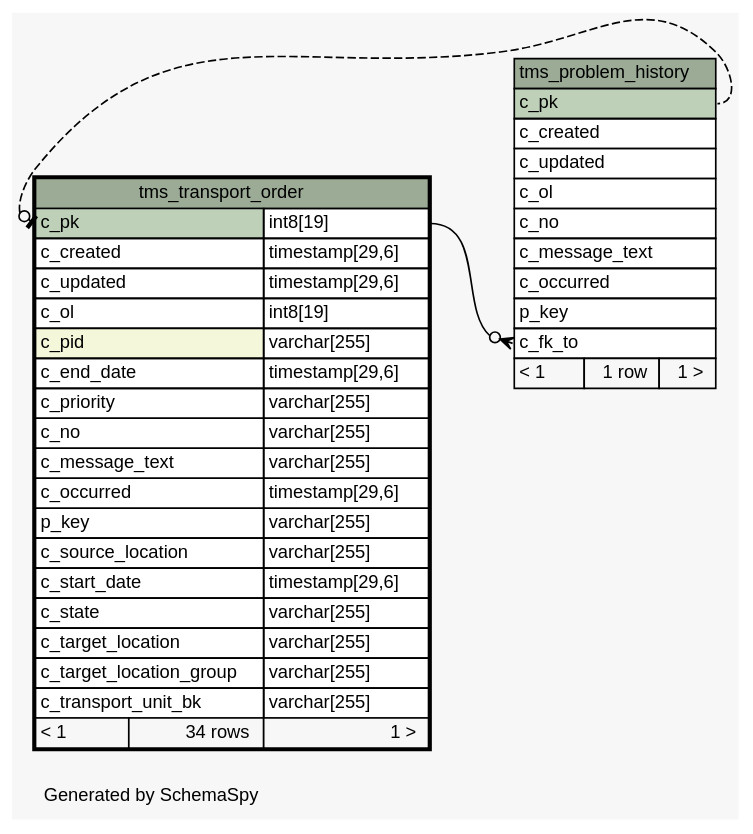
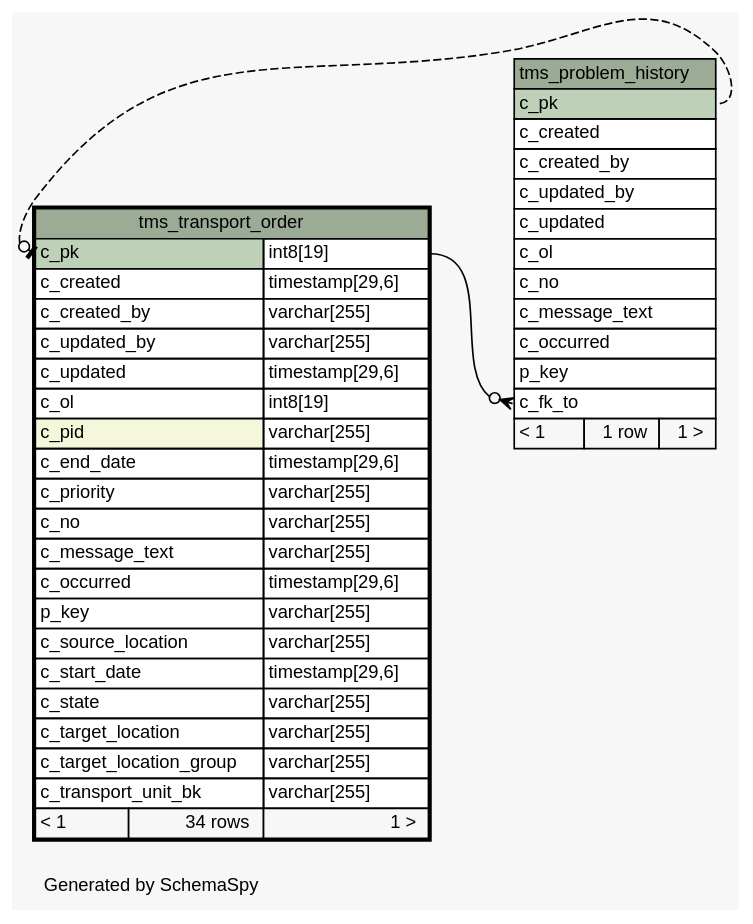
One commit to openwms/org.openwms.tms.transportation changed the diagram in 2.0.0-SNAPSHOT/schemaspy/diagrams/tms_transport_order.implied2degrees.dot. Above: the diagram before and after it, drawn with Graphviz. The commit also changed 266 other files, not shown here.

```diff
--- a/2.0.0-SNAPSHOT/schemaspy/diagrams/tms_transport_order.implied2degrees.dot
+++ b/2.0.0-SNAPSHOT/schemaspy/diagrams/tms_transport_order.implied2degrees.dot
@@ -1,68 +1,72 @@
-// dot 2.43.0 on Linux 5.13.0-1022-azure
+// dot 2.43.0 on Linux 5.13.0-1023-azure
 // SchemaSpy rev Unknown
 digraph "impliedTwoDegreesRelationshipsDiagram" {
   graph [
     rankdir="RL"
     bgcolor="#f7f7f7"
     label="\nGenerated by SchemaSpy"
     labeljust="l"
     nodesep="0.18"
     ranksep="0.46"
     fontname="Helvetica"
     fontsize="11"
   ];
   node [
     fontname="Helvetica"
     fontsize="11"
     shape="plaintext"
   ];
   edge [
     arrowsize="0.8"
   ];
   "tms_problem_history":"c_fk_to":w -> "tms_transport_order":"c_pk.type":e [arrowhead=none dir=back arrowtail=crowodot];
   "tms_transport_order":"c_pk":w -> "tms_problem_history":"c_pk":e [arrowhead=none dir=back arrowtail=teeodot style=dashed];
   "tms_problem_history" [
     label=<
     <TABLE BORDER="0" CELLBORDER="1" CELLSPACING="0" BGCOLOR="#ffffff">
       <TR><TD COLSPAN="3" BGCOLOR="#9bab96" ALIGN="CENTER">tms_problem_history</TD></TR>
       <TR><TD PORT="c_pk" COLSPAN="3" BGCOLOR="#bed1b8" ALIGN="LEFT">c_pk</TD></TR>
       <TR><TD PORT="c_created" COLSPAN="3" ALIGN="LEFT">c_created</TD></TR>
+      <TR><TD PORT="c_created_by" COLSPAN="3" ALIGN="LEFT">c_created_by</TD></TR>
+      <TR><TD PORT="c_updated_by" COLSPAN="3" ALIGN="LEFT">c_updated_by</TD></TR>
       <TR><TD PORT="c_updated" COLSPAN="3" ALIGN="LEFT">c_updated</TD></TR>
       <TR><TD PORT="c_ol" COLSPAN="3" ALIGN="LEFT">c_ol</TD></TR>
       <TR><TD PORT="c_no" COLSPAN="3" ALIGN="LEFT">c_no</TD></TR>
       <TR><TD PORT="c_message_text" COLSPAN="3" ALIGN="LEFT">c_message_text</TD></TR>
       <TR><TD PORT="c_occurred" COLSPAN="3" ALIGN="LEFT">c_occurred</TD></TR>
       <TR><TD PORT="p_key" COLSPAN="3" ALIGN="LEFT">p_key</TD></TR>
       <TR><TD PORT="c_fk_to" COLSPAN="3" ALIGN="LEFT">c_fk_to</TD></TR>
       <TR><TD ALIGN="LEFT" BGCOLOR="#f7f7f7">&lt; 1</TD><TD ALIGN="RIGHT" BGCOLOR="#f7f7f7">1 row</TD><TD ALIGN="RIGHT" BGCOLOR="#f7f7f7">1 &gt;</TD></TR>
     </TABLE>>
     URL="tms_problem_history.html"
     tooltip="tms_problem_history"
   ];
   "tms_transport_order" [
     label=<
     <TABLE BORDER="2" CELLBORDER="1" CELLSPACING="0" BGCOLOR="#ffffff">
       <TR><TD COLSPAN="3" BGCOLOR="#9bab96" ALIGN="CENTER">tms_transport_order</TD></TR>
       <TR><TD PORT="c_pk" COLSPAN="2" BGCOLOR="#bed1b8" ALIGN="LEFT">c_pk</TD><TD PORT="c_pk.type" ALIGN="LEFT">int8[19]</TD></TR>
       <TR><TD PORT="c_created" COLSPAN="2" ALIGN="LEFT">c_created</TD><TD PORT="c_created.type" ALIGN="LEFT">timestamp[29,6]</TD></TR>
+      <TR><TD PORT="c_created_by" COLSPAN="2" ALIGN="LEFT">c_created_by</TD><TD PORT="c_created_by.type" ALIGN="LEFT">varchar[255]</TD></TR>
+      <TR><TD PORT="c_updated_by" COLSPAN="2" ALIGN="LEFT">c_updated_by</TD><TD PORT="c_updated_by.type" ALIGN="LEFT">varchar[255]</TD></TR>
       <TR><TD PORT="c_updated" COLSPAN="2" ALIGN="LEFT">c_updated</TD><TD PORT="c_updated.type" ALIGN="LEFT">timestamp[29,6]</TD></TR>
       <TR><TD PORT="c_ol" COLSPAN="2" ALIGN="LEFT">c_ol</TD><TD PORT="c_ol.type" ALIGN="LEFT">int8[19]</TD></TR>
       <TR><TD PORT="c_pid" COLSPAN="2" BGCOLOR="#f4f7da" ALIGN="LEFT">c_pid</TD><TD PORT="c_pid.type" ALIGN="LEFT">varchar[255]</TD></TR>
       <TR><TD PORT="c_end_date" COLSPAN="2" ALIGN="LEFT">c_end_date</TD><TD PORT="c_end_date.type" ALIGN="LEFT">timestamp[29,6]</TD></TR>
       <TR><TD PORT="c_priority" COLSPAN="2" ALIGN="LEFT">c_priority</TD><TD PORT="c_priority.type" ALIGN="LEFT">varchar[255]</TD></TR>
       <TR><TD PORT="c_no" COLSPAN="2" ALIGN="LEFT">c_no</TD><TD PORT="c_no.type" ALIGN="LEFT">varchar[255]</TD></TR>
       <TR><TD PORT="c_message_text" COLSPAN="2" ALIGN="LEFT">c_message_text</TD><TD PORT="c_message_text.type" ALIGN="LEFT">varchar[255]</TD></TR>
       <TR><TD PORT="c_occurred" COLSPAN="2" ALIGN="LEFT">c_occurred</TD><TD PORT="c_occurred.type" ALIGN="LEFT">timestamp[29,6]</TD></TR>
       <TR><TD PORT="p_key" COLSPAN="2" ALIGN="LEFT">p_key</TD><TD PORT="p_key.type" ALIGN="LEFT">varchar[255]</TD></TR>
       <TR><TD PORT="c_source_location" COLSPAN="2" ALIGN="LEFT">c_source_location</TD><TD PORT="c_source_location.type" ALIGN="LEFT">varchar[255]</TD></TR>
       <TR><TD PORT="c_start_date" COLSPAN="2" ALIGN="LEFT">c_start_date</TD><TD PORT="c_start_date.type" ALIGN="LEFT">timestamp[29,6]</TD></TR>
       <TR><TD PORT="c_state" COLSPAN="2" ALIGN="LEFT">c_state</TD><TD PORT="c_state.type" ALIGN="LEFT">varchar[255]</TD></TR>
       <TR><TD PORT="c_target_location" COLSPAN="2" ALIGN="LEFT">c_target_location</TD><TD PORT="c_target_location.type" ALIGN="LEFT">varchar[255]</TD></TR>
       <TR><TD PORT="c_target_location_group" COLSPAN="2" ALIGN="LEFT">c_target_location_group</TD><TD PORT="c_target_location_group.type" ALIGN="LEFT">varchar[255]</TD></TR>
       <TR><TD PORT="c_transport_unit_bk" COLSPAN="2" ALIGN="LEFT">c_transport_unit_bk</TD><TD PORT="c_transport_unit_bk.type" ALIGN="LEFT">varchar[255]</TD></TR>
       <TR><TD ALIGN="LEFT" BGCOLOR="#f7f7f7">&lt; 1</TD><TD ALIGN="RIGHT" BGCOLOR="#f7f7f7">34 rows</TD><TD ALIGN="RIGHT" BGCOLOR="#f7f7f7">1 &gt;</TD></TR>
     </TABLE>>
     URL="tms_transport_order.html"
     tooltip="tms_transport_order"
   ];
 }
```
